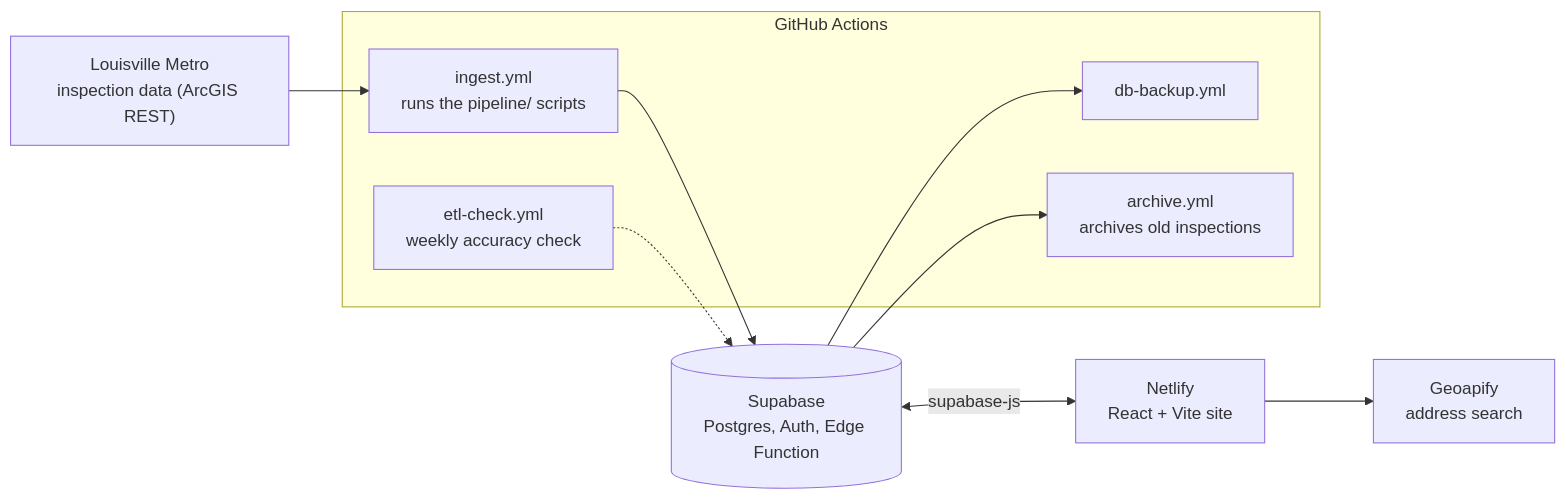
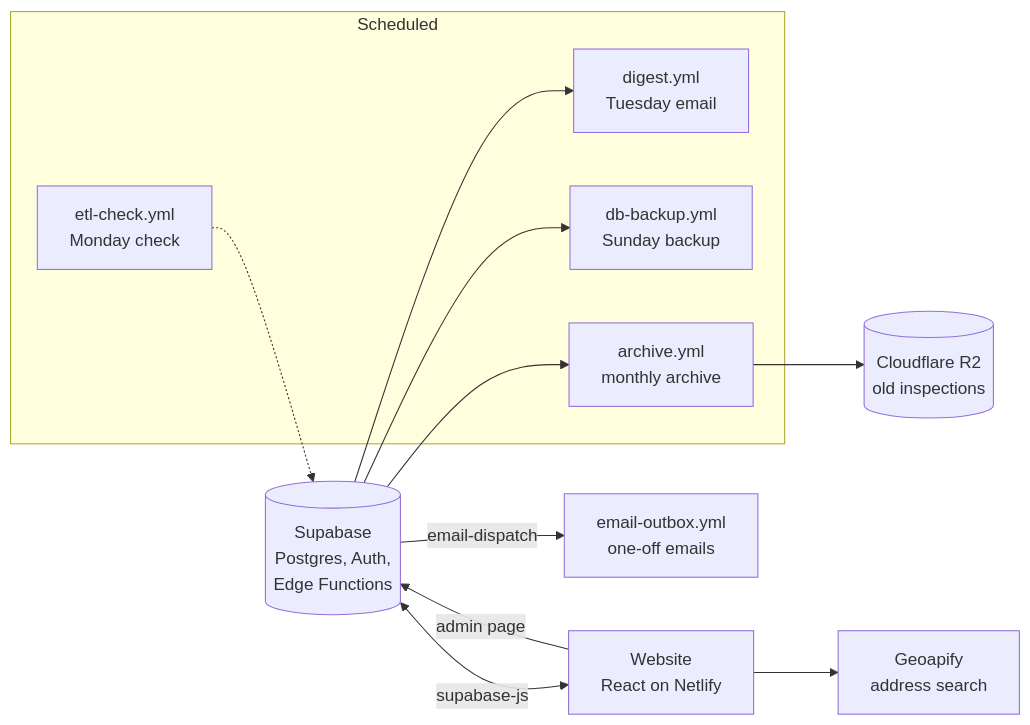
Before and after one commit to AndyGutterman/Louisville-Health-Inspection-Map: the second of 2 diagrams in README.md, drawn with Mermaid. The commit also changed other lines of this file and 1 other file, not shown here.

````diff
--- a/README.md
+++ b/README.md
@@ -28,22 +62,25 @@
 ```mermaid
 flowchart LR
-  src["Louisville Metro<br/>inspection data (ArcGIS REST)"]
+  db[("Supabase<br/>Postgres, Auth,<br/>Edge Functions")]
+  site["Website<br/>React on Netlify"]
+  geo["Geoapify<br/>address search"]
 
-  subgraph actions["GitHub Actions"]
-    ingest["ingest.yml<br/>runs the pipeline/ scripts"]
-    backup["db-backup.yml"]
-    archive["archive.yml<br/>archives old inspections"]
-    check["etl-check.yml<br/>weekly accuracy check"]
+  subgraph weekly["Scheduled"]
+    digest["digest.yml<br/>Tuesday email"]
+    backup["db-backup.yml<br/>Sunday backup"]
+    check["etl-check.yml<br/>Monday check"]
+    archive["archive.yml<br/>monthly archive"]
   end
 
-  db[("Supabase<br/>Postgres, Auth, Edge Function")]
-  site["Netlify<br/>React + Vite site"]
-  geo["Geoapify<br/>address search"]
+  outbox["email-outbox.yml<br/>one-off emails"]
+  r2[("Cloudflare R2<br/>old inspections")]
 
-  src --> ingest --> db
-  db --> backup
-  db --> archive
-  check -.-> db
   db <-->|supabase-js| site
   site --> geo
+  db --> digest
+  db --> backup
+  check -.-> db
+  db --> archive --> r2
+  site -->|admin page| db
+  db -->|email-dispatch| outbox
 ```
````
